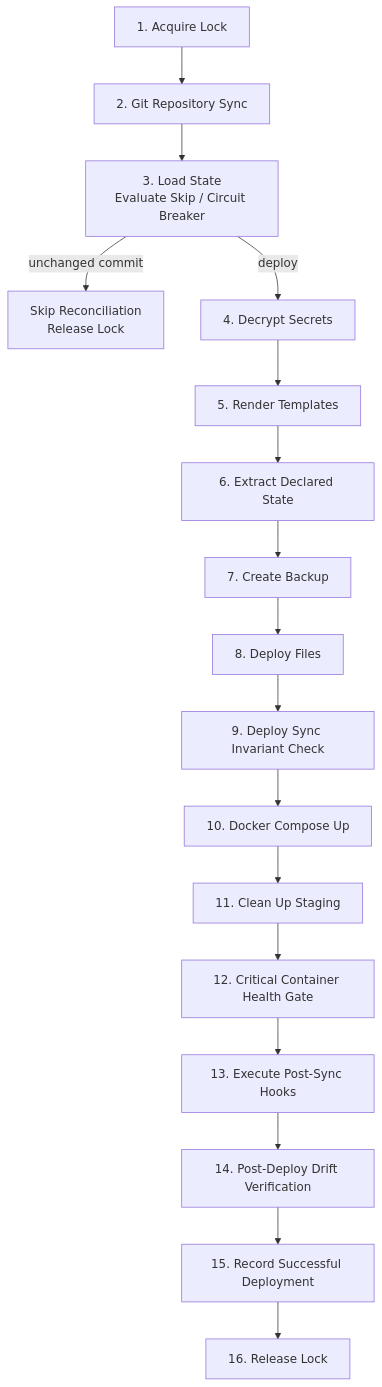
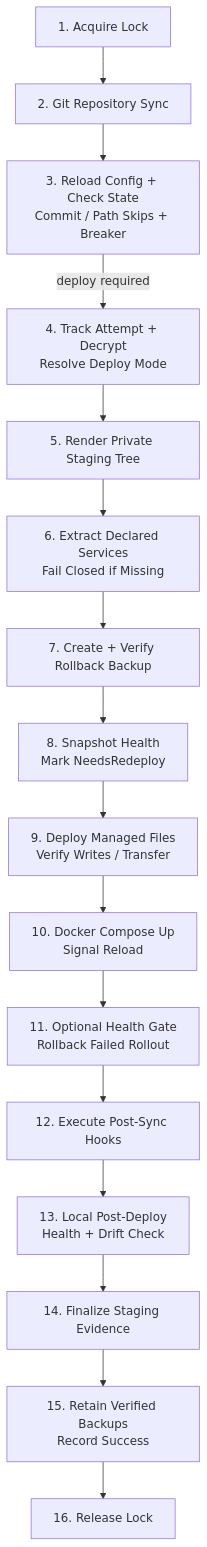
One commit to cameronsjo/bosun changed the diagram in docs/diagrams/reconcile-pipeline.mmd. Above: the diagram before and after it, drawn with Mermaid. The commit also changed 1 other file, not shown here.

Commit message:
docs: align reconcile diagram with deployed pipeline

```diff
--- a/docs/diagrams/reconcile-pipeline.mmd
+++ b/docs/diagrams/reconcile-pipeline.mmd
@@ -1,17 +1,16 @@
 flowchart TD
     AcquireLock["1. Acquire Lock"] --> GitSync["2. Git Repository Sync"]
-    GitSync --> LoadState["3. Load State<br/>Evaluate Skip / Circuit Breaker"]
-    LoadState -->|unchanged commit| Skip["Skip Reconciliation<br/>Release Lock"]
-    LoadState -->|deploy| Decrypt["4. Decrypt Secrets"]
-    Decrypt --> Render["5. Render Templates"]
-    Render --> DeclaredState["6. Extract Declared State"]
-    DeclaredState --> Backup["7. Create Backup"]
-    Backup --> Deploy["8. Deploy Files"]
-    Deploy --> Invariant["9. Deploy Sync Invariant Check"]
-    Invariant --> Compose["10. Docker Compose Up"]
-    Compose --> Cleanup["11. Clean Up Staging"]
-    Cleanup --> HealthGate["12. Critical Container Health Gate"]
-    HealthGate --> Hooks["13. Execute Post-Sync Hooks"]
-    Hooks --> Verify["14. Post-Deploy Drift Verification"]
-    Verify --> SaveState["15. Record Successful Deployment"]
+    GitSync --> LoadState["3. Reload Config + Check State<br/>Commit / Path Skips + Breaker"]
+    LoadState -->|deploy required| Decrypt["4. Track Attempt + Decrypt<br/>Resolve Deploy Mode"]
+    Decrypt --> Render["5. Render Private Staging Tree"]
+    Render --> DeclaredState["6. Extract Declared Services<br/>Fail Closed if Missing"]
+    DeclaredState --> Backup["7. Create + Verify Rollback Backup"]
+    Backup --> Prepare["8. Snapshot Health<br/>Mark NeedsRedeploy"]
+    Prepare --> Deploy["9. Deploy Managed Files<br/>Verify Writes / Transfer"]
+    Deploy --> Compose["10. Docker Compose Up<br/>Signal Reload"]
+    Compose --> HealthGate["11. Optional Health Gate<br/>Rollback Failed Rollout"]
+    HealthGate --> Hooks["12. Execute Post-Sync Hooks"]
+    Hooks --> Verify["13. Local Post-Deploy<br/>Health + Drift Check"]
+    Verify --> Cleanup["14. Finalize Staging Evidence"]
+    Cleanup --> SaveState["15. Retain Verified Backups<br/>Record Success"]
     SaveState --> ReleaseLock["16. Release Lock"]
```
